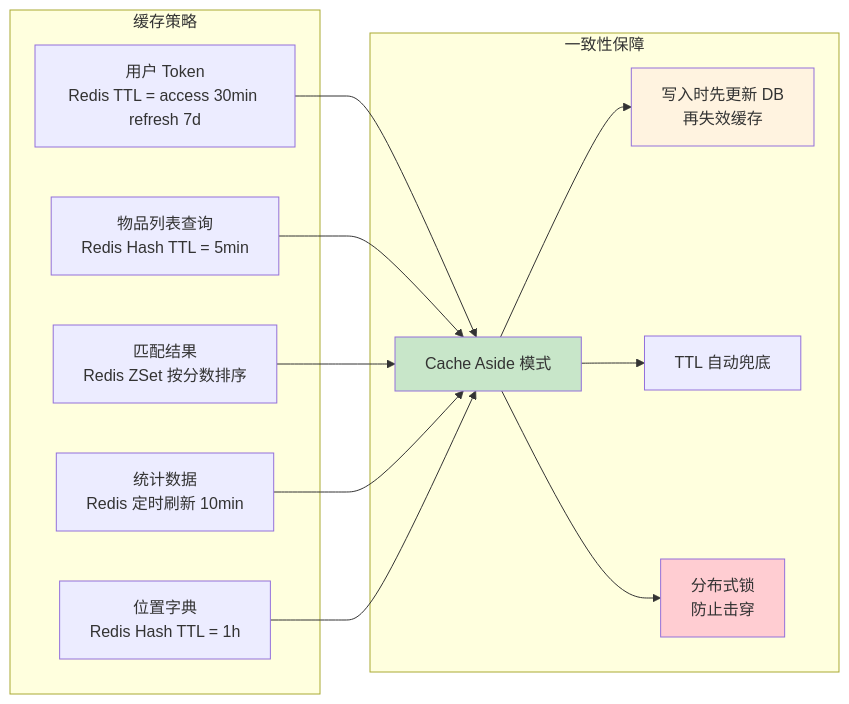
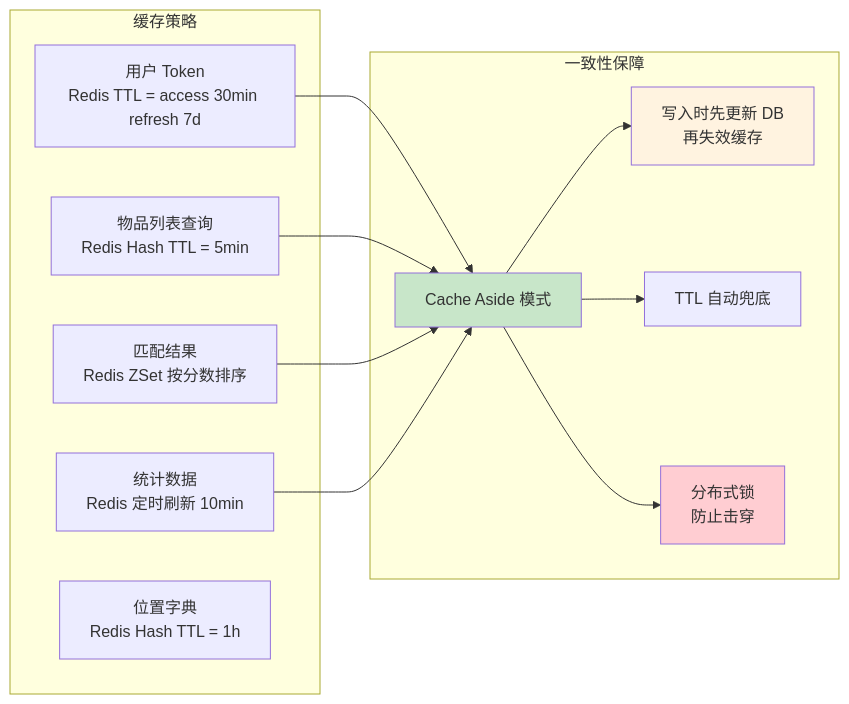
Before and after one commit to zwj-3193655211/campus-LostandFound: diagram 25 of 30 in docs/项目图表.md, drawn with Mermaid. The commit also changed 7 other files, not shown here.

````diff
--- a/docs/项目图表.md
+++ b/docs/项目图表.md
@@ -1287,31 +1287,30 @@
 ```mermaid
 flowchart LR
     subgraph CacheStrategy["缓存策略"]
         C1[用户 Token<br/>Redis TTL = access 30min refresh 7d]
         C2[物品列表查询<br/>Redis Hash TTL = 5min]
         C3[匹配结果<br/>Redis ZSet 按分数排序]
         C4[统计数据<br/>Redis 定时刷新 10min]
         C5[位置字典<br/>Redis Hash TTL = 1h]
     end
 
     subgraph Consistency["一致性保障"]
         CS1[Cache Aside 模式]
         CS2[写入时先更新 DB<br/>再失效缓存]
         CS3[TTL 自动兜底]
         CS4[分布式锁<br/>防止击穿]
     end
 
     C1 --> CS1
     C2 --> CS1
     C3 --> CS1
     C4 --> CS1
-    C5 --> CS1
 
     CS1 --> CS2
     CS1 --> CS3
     CS1 --> CS4
 
     style CS1 fill:#c8e6c9
     style CS2 fill:#fff3e0
     style CS4 fill:#ffcdd2
 ```
````
